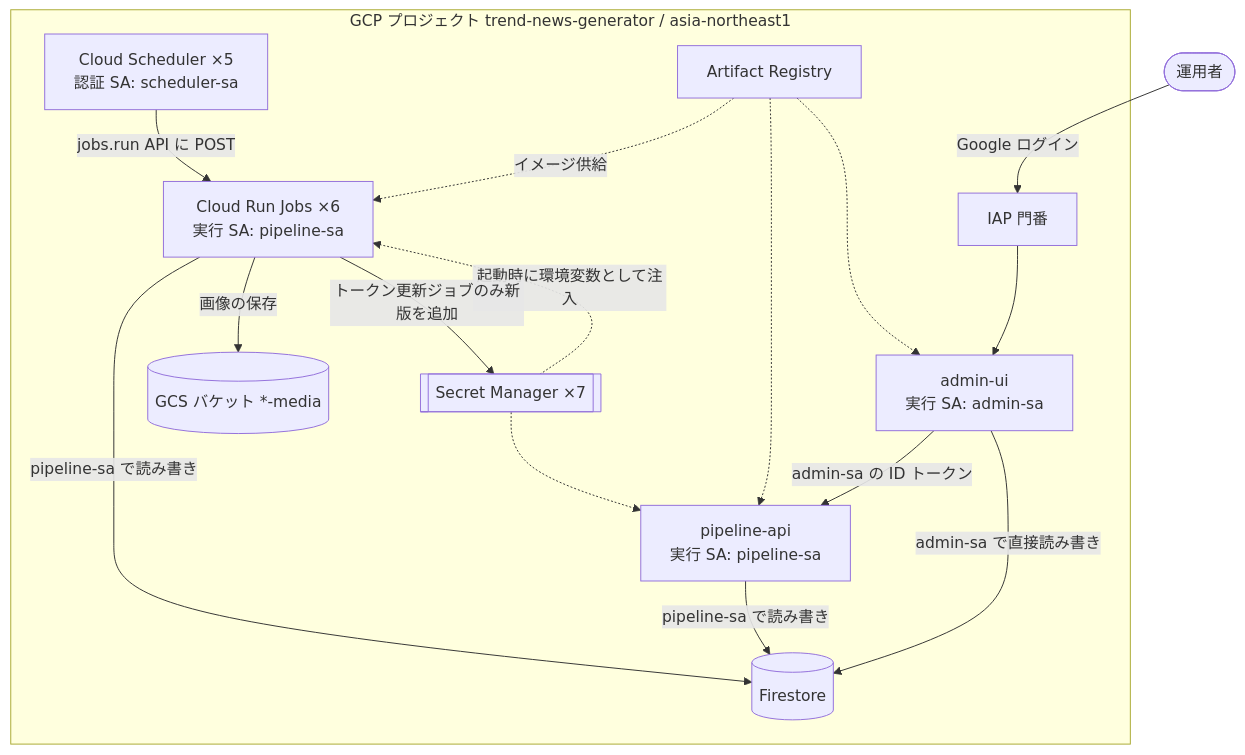
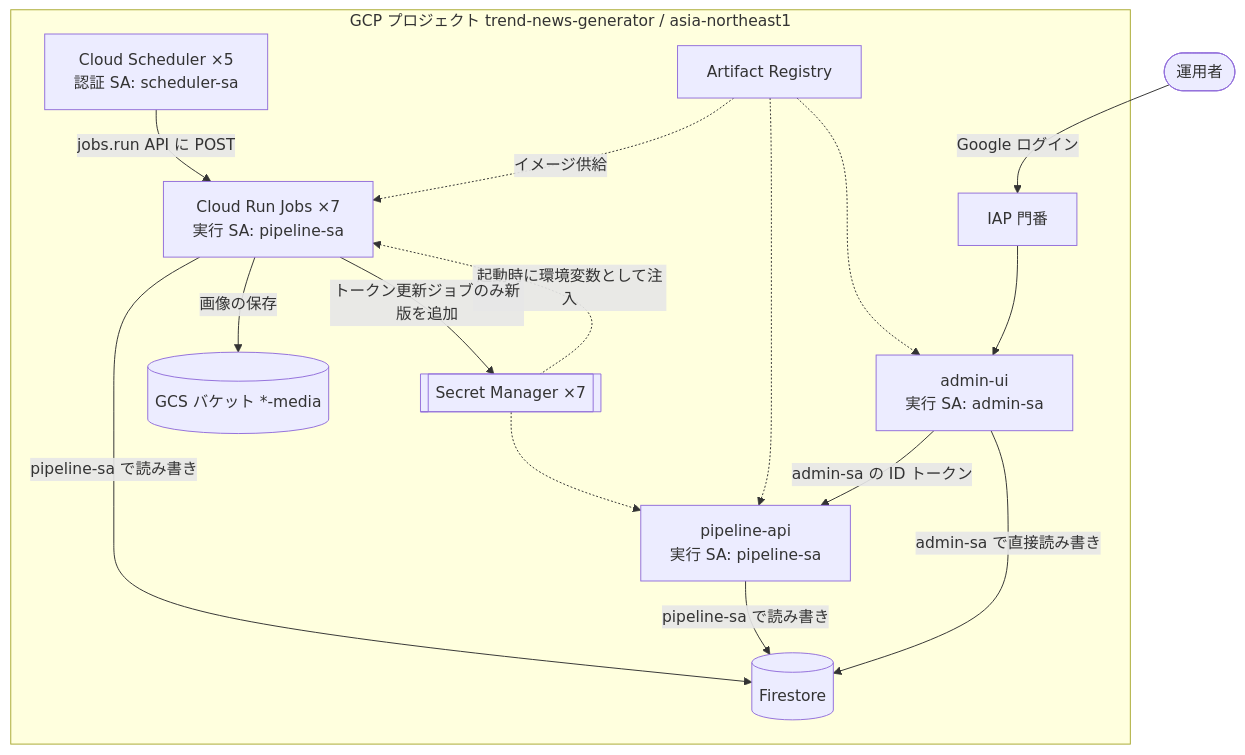
One commit to moc9058/trend-news-generator changed the second of 8 diagrams in docs/tech-report/02-architecture.md. Above: the diagram before and after it, drawn with Mermaid. The commit also changed other lines of this file and 41 other files, not shown here.

````diff
--- a/docs/tech-report/02-architecture.md
+++ b/docs/tech-report/02-architecture.md
@@ -63,30 +63,30 @@
 ```mermaid
 flowchart TB
     OP(["運用者"])
     subgraph GCP["GCP プロジェクト trend-news-generator / asia-northeast1"]
         IAP["IAP 門番"]
         ADMIN["admin-ui<br/>実行 SA: admin-sa"]
         SCHED["Cloud Scheduler ×5<br/>認証 SA: scheduler-sa"]
-        JOBS["Cloud Run Jobs ×6<br/>実行 SA: pipeline-sa"]
+        JOBS["Cloud Run Jobs ×7<br/>実行 SA: pipeline-sa"]
         API["pipeline-api<br/>実行 SA: pipeline-sa"]
         FS[("Firestore")]
         GCS[("GCS バケット *-media")]
         SM[["Secret Manager ×7"]]
         AR["Artifact Registry"]
     end
 
     OP -- "Google ログイン" --> IAP
     IAP --> ADMIN
     SCHED -- "jobs.run API に POST" --> JOBS
     ADMIN -- "admin-sa の ID トークン" --> API
     ADMIN -- "admin-sa で直接読み書き" --> FS
     JOBS -- "pipeline-sa で読み書き" --> FS
     JOBS -- "画像の保存" --> GCS
     API -- "pipeline-sa で読み書き" --> FS
     SM -. "起動時に環境変数として注入" .-> JOBS
     SM -.-> API
     JOBS -- "トークン更新ジョブのみ新版を追加" --> SM
     AR -. "イメージ供給" .-> JOBS
     AR -.-> API
     AR -.-> ADMIN
 ```
````
